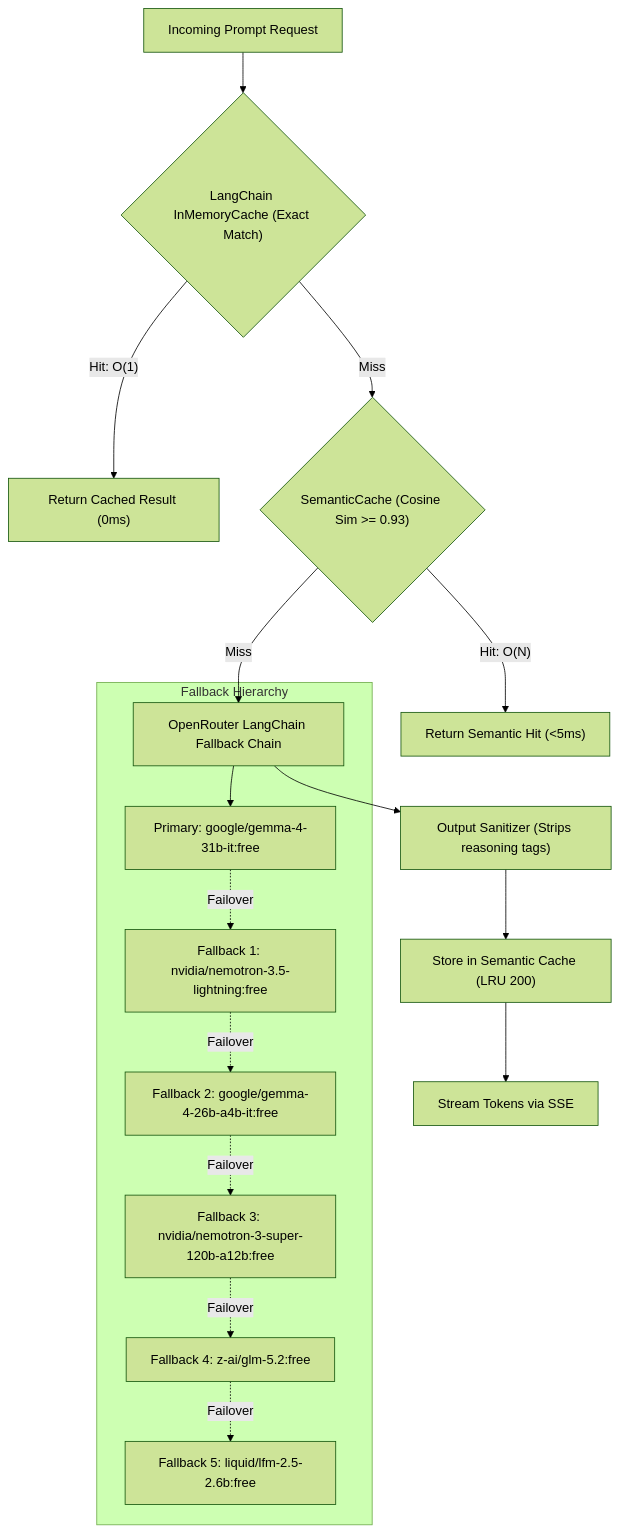
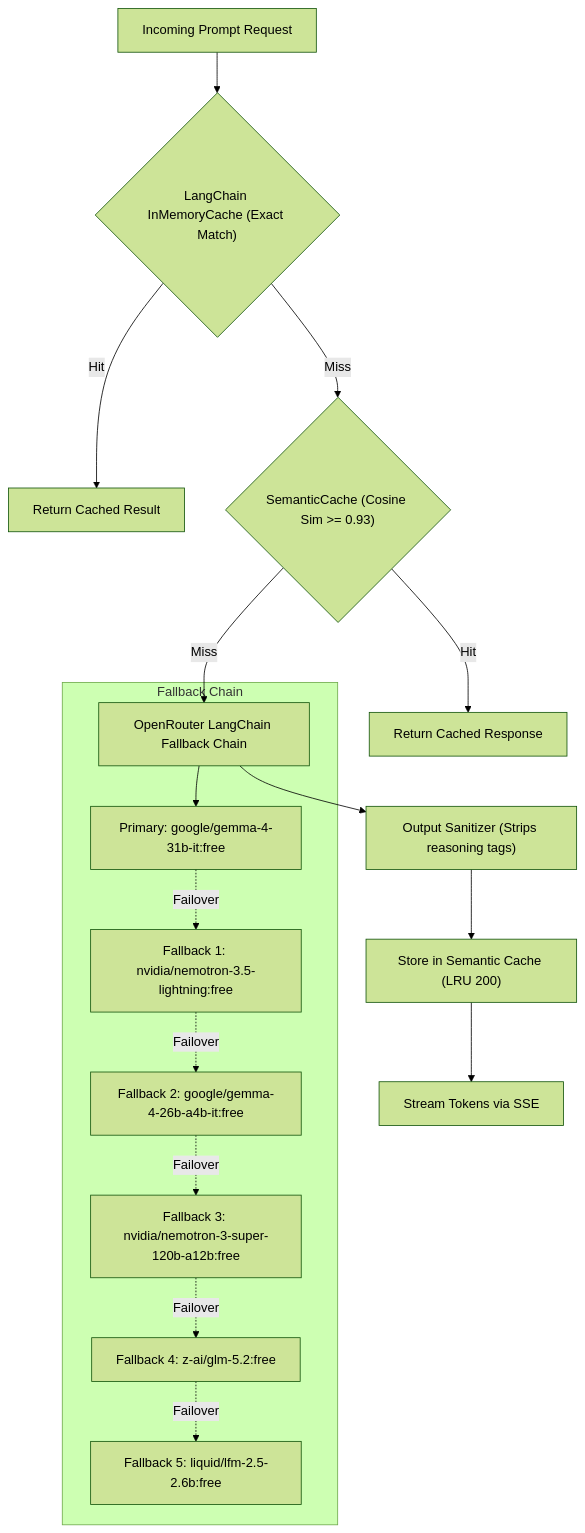
The fourth of 4 diagrams in README.md (Mahesh5f4/Nexora), drawn with Mermaid (forest theme) before and after one commit. The commit also changed other lines of this file and 11 other files, not shown here.

Commit message:
feat(seo): implement technical SEO, Open Graph, JSON-LD, sitemap, and dynamic route metadata

````diff
--- a/README.md
+++ b/README.md
@@ -280,21 +292,21 @@
 ```mermaid
 graph TD
     Request["Incoming Prompt Request"] --> ExactCache{"LangChain InMemoryCache (Exact Match)"}
-    ExactCache -- Hit: O(1) --> ReturnExact["Return Cached Result (0ms)"]
+    ExactCache -- Hit --> ReturnExact["Return Cached Result"]
     ExactCache -- Miss --> SemCache{"SemanticCache (Cosine Sim >= 0.93)"}
-    SemCache -- Hit: O(N) --> ReturnSem["Return Semantic Hit (<5ms)"]
+    SemCache -- Hit --> ReturnSem["Return Cached Response"]
     SemCache -- Miss --> ModelChain["OpenRouter LangChain Fallback Chain"]
     
-    subgraph "Fallback Hierarchy"
+    subgraph "Fallback Chain"
         ModelChain --> M1["Primary: google/gemma-4-31b-it:free"]
         M1 -.->|Failover| M2["Fallback 1: nvidia/nemotron-3.5-lightning:free"]
         M2 -.->|Failover| M3["Fallback 2: google/gemma-4-26b-a4b-it:free"]
         M3 -.->|Failover| M4["Fallback 3: nvidia/nemotron-3-super-120b-a12b:free"]
         M4 -.->|Failover| M5["Fallback 4: z-ai/glm-5.2:free"]
         M5 -.->|Failover| M6["Fallback 5: liquid/lfm-2.5-2.6b:free"]
     end
     
     ModelChain --> PostProcess["Output Sanitizer (Strips reasoning tags)"]
     PostProcess --> StoreSem["Store in Semantic Cache (LRU 200)"]
     StoreSem --> StreamOut["Stream Tokens via SSE"]
 ```
````
